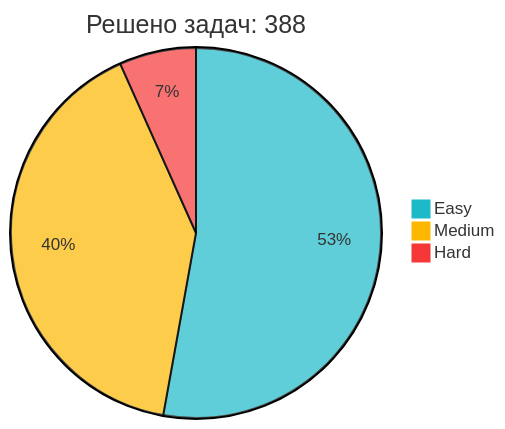
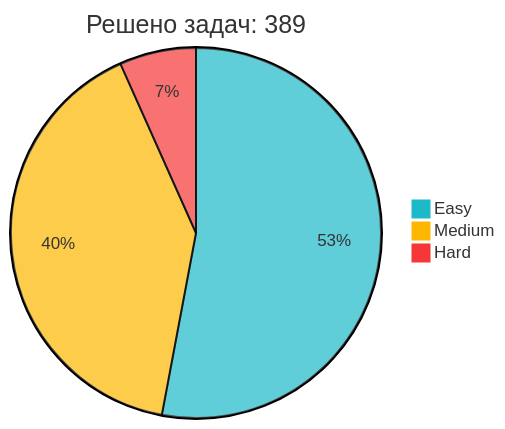
Before and after one commit to IliaKurdukov/IliaKurdukov: the diagram in README.md, drawn with Mermaid. The commit also changed other lines of this file, not shown here.

Commit message:
📈 Обновление статистики LeetCode

````diff
--- a/README.md
+++ b/README.md
@@ -51,7 +51,7 @@
 ```mermaid
 %%{init: {'theme': 'base', 'themeVariables': { 'pie1': '#1CBAC8', 'pie2': '#FEB700', 'pie3': '#F63737' }, 'config': {'width': 300, 'height': 200}}}%%
-pie title Решено задач: 388
-   "Easy" : 205
+pie title Решено задач: 389
+   "Easy" : 206
    "Medium" : 157
    "Hard" : 26
 ```
````
